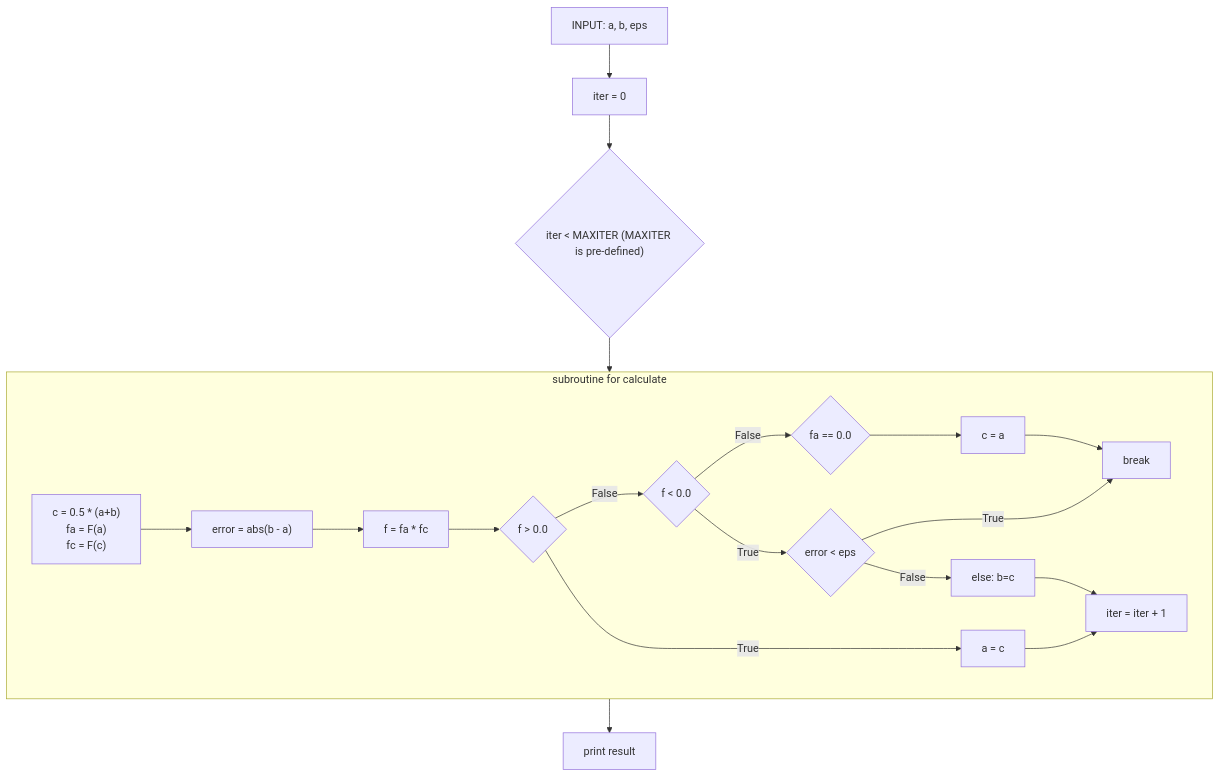
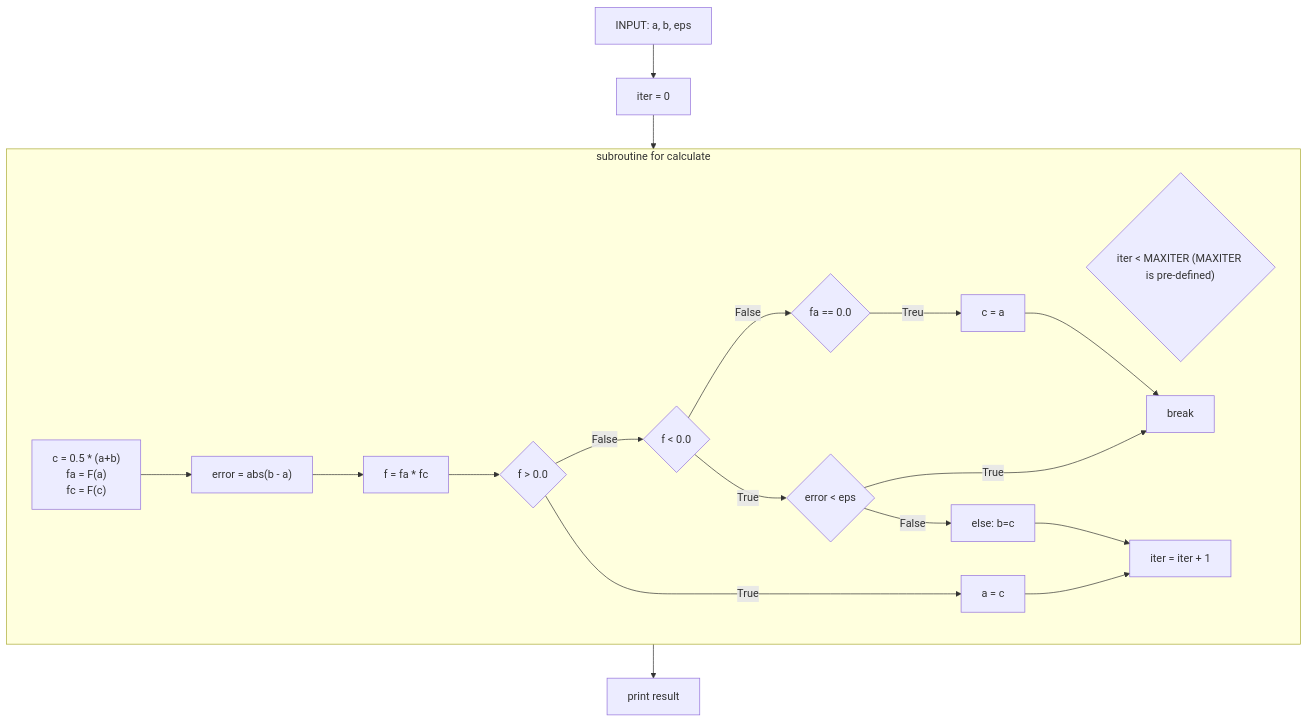
One commit to jsk0910/numerical_analysis changed the diagram in Non-linear Equations/README.md. Above: the diagram before and after it, drawn with Mermaid.

````diff
--- a/Non-linear Equations/README.md
+++ b/Non-linear Equations/README.md
@@ -26,27 +26,27 @@
 ```mermaid
 flowchart TD;
     INPUT["INPUT: a, b, eps"] --> A
-    A["iter = 0"] --> whileif
-    whileif{"iter < MAXITER (MAXITER is pre-defined)"} --> while
+    A["iter = 0"]
     subgraph while ["subroutine for calculate"]
+        whileif{"iter < MAXITER (MAXITER is pre-defined)"}
         whileB["c = 0.5 * (a+b)\n fa = F(a)\n fc = F(c)"] --> whileE
         whileE["error = abs(b - a)"] --> whileF
         whileF["f = fa * fc"] --> whileIf1
         whileIf1{"f > 0.0"} -- "True" --> whileIf1True
         whileIf1True["a = c"]
         whileIf1 -- "False" --> whileIf2
         whileIf2{"f < 0.0"} -- "True" --> if1
         if1{"error < eps"} -- "True" --> break
         if1 -- "False" --> else
         else["else: b=c"]
         whileIf2 -- "False" --> if2
-            if2{"fa == 0.0"} --> change
+            if2{"fa == 0.0"} -- "Treu" --> change
             change["c = a"]
             change --> break
         iter["iter = iter + 1"]
         whileIf1True --> iter
         else --> iter
     end
     print["print result"]
-    while --> print
+    A --> while --> print
 ```
````
